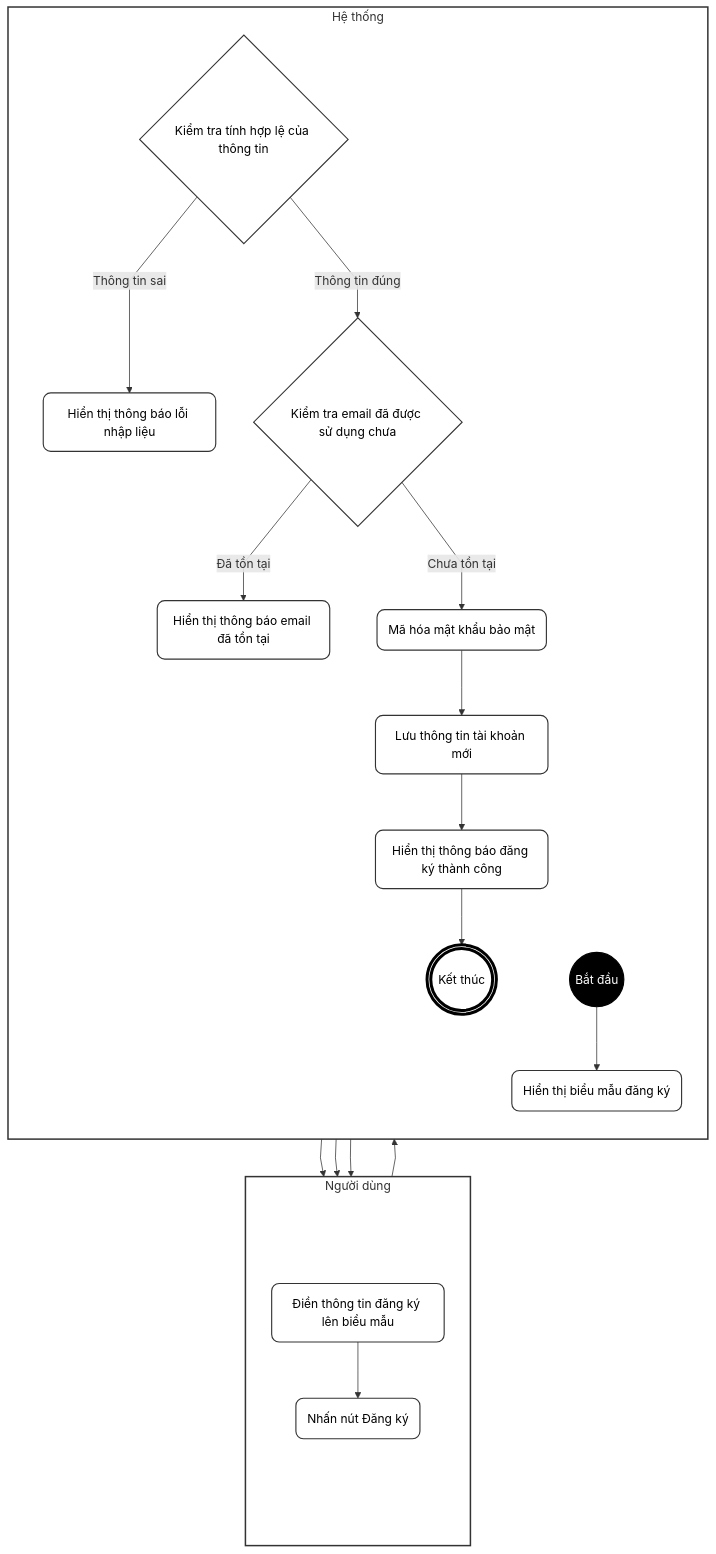
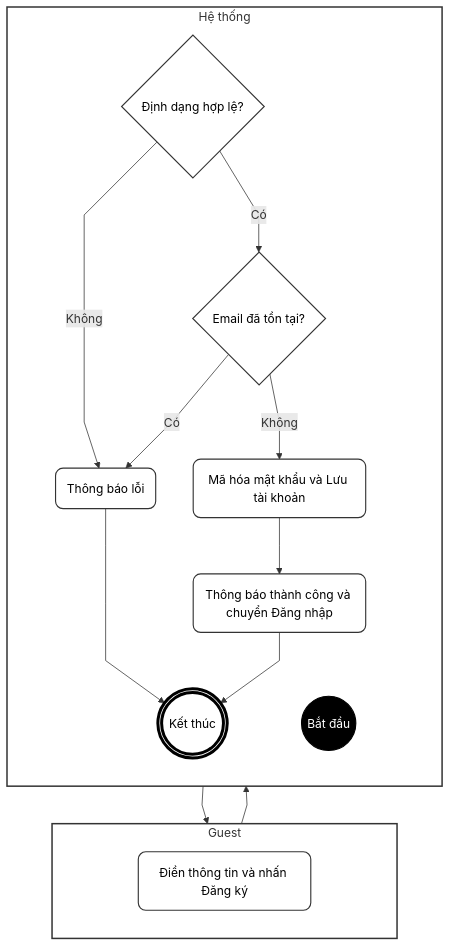
Before and after one commit to ChuDucAnh21/BE-quan-ly-su-kien: the first of 8 diagrams in doc/system_analysis/activity diagram/08a_activity_auth_profile.md, drawn with Mermaid. The commit also changed other lines of this file and 14 other files, not shown here.

````diff
--- a/doc/system_analysis/activity diagram/08a_activity_auth_profile.md
+++ b/doc/system_analysis/activity diagram/08a_activity_auth_profile.md
@@ -13,58 +7,43 @@
 ```mermaid
 %%{init: {"flowchart": {"curve": "linear"}}}%%
 flowchart TD
     classDef default fill:#fff,stroke:#333,stroke-width:1.5px,color:#000,rx:10px,ry:10px;
     classDef startNode fill:#000,stroke:#000,color:#fff;
     classDef endNode fill:#fff,stroke:#000,stroke-width:4px,color:#000;
     classDef hidden fill:none,stroke:none,color:none;
 
-    subgraph TacNhan [Người dùng]
+    subgraph Guest [Guest]
         direction TB
         T_start(" "):::hidden
-        A(Điền thông tin đăng ký lên biểu mẫu)
-        B(Nhấn nút Đăng ký)
+        A(Điền thông tin và nhấn Đăng ký)
         T_end(" "):::hidden
     end
 
-    subgraph HeThong [Hệ thống]
+    subgraph System [Hệ thống]
         direction TB
         H_start(" "):::hidden
         Start((Bắt đầu)):::startNode
-        C(Hiển thị biểu mẫu đăng ký)
-        D{Kiểm tra tính hợp lệ của thông tin}
-        E(Hiển thị thông báo lỗi nhập liệu)
-        F{Kiểm tra email đã được sử dụng chưa}
-        G(Hiển thị thông báo email đã tồn tại)
-        H(Mã hóa mật khẩu bảo mật)
-        I(Lưu thông tin tài khoản mới)
-        J(Hiển thị thông báo đăng ký thành công)
+        B{Định dạng hợp lệ?}
+        C{Email đã tồn tại?}
+        D(Thông báo lỗi)
+        E(Mã hóa mật khẩu và Lưu tài khoản)
+        F(Thông báo thành công và chuyển Đăng nhập)
         End(((Kết thúc))):::endNode
         H_end(" "):::hidden
     end
 
     T_start ~~~ H_start
     T_end ~~~ H_end
+    Start --> A
+    A --> B
+    B -- Không --> D
+    B -- Có --> C
+    C -- Có --> D
+    C -- Không --> E
+    E --> F
+    F --> End
+    D --> End
 
-    T_start ~~~ A
-    B ~~~ T_end
-
-    H_start ~~~ Start
-    End ~~~ H_end
-
-    Start --> C
-    C --> A
-    A --> B
-    B --> D
-    D -- Thông tin sai --> E
-    E --> A
-    D -- Thông tin đúng --> F
-    F -- Đã tồn tại --> G
-    G --> A
-    F -- Chưa tồn tại --> H
-    H --> I
-    I --> J
-    J --> End
-
-    style TacNhan fill:#fff,stroke:#333,stroke-width:2px
-    style HeThong fill:#fff,stroke:#333,stroke-width:2px
+    style Guest fill:#fff,stroke:#333,stroke-width:2px
+    style System fill:#fff,stroke:#333,stroke-width:2px
 ```
````
